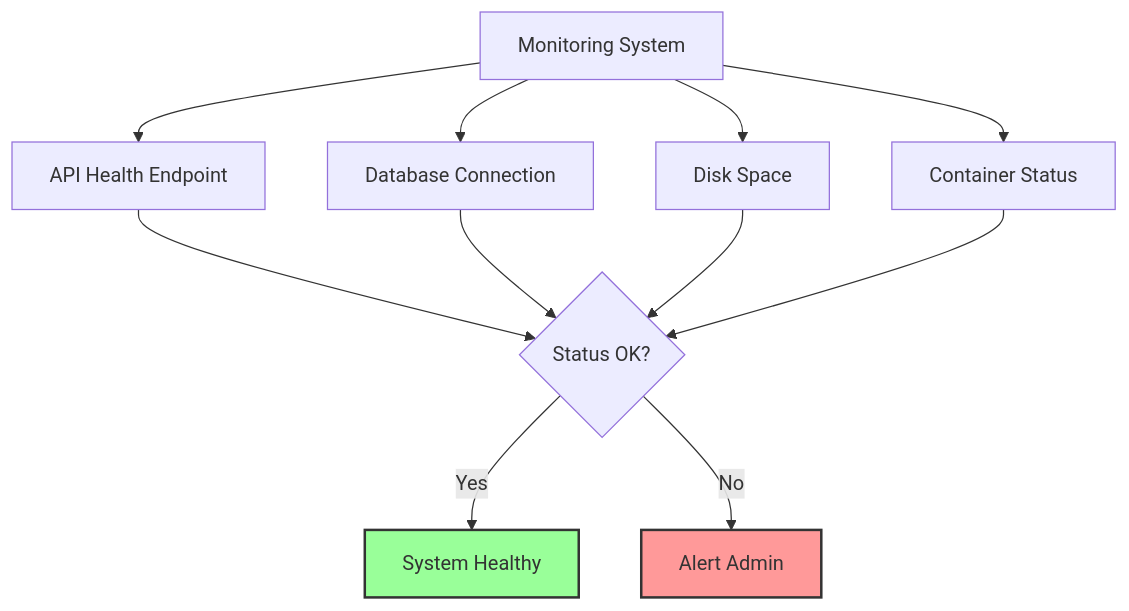
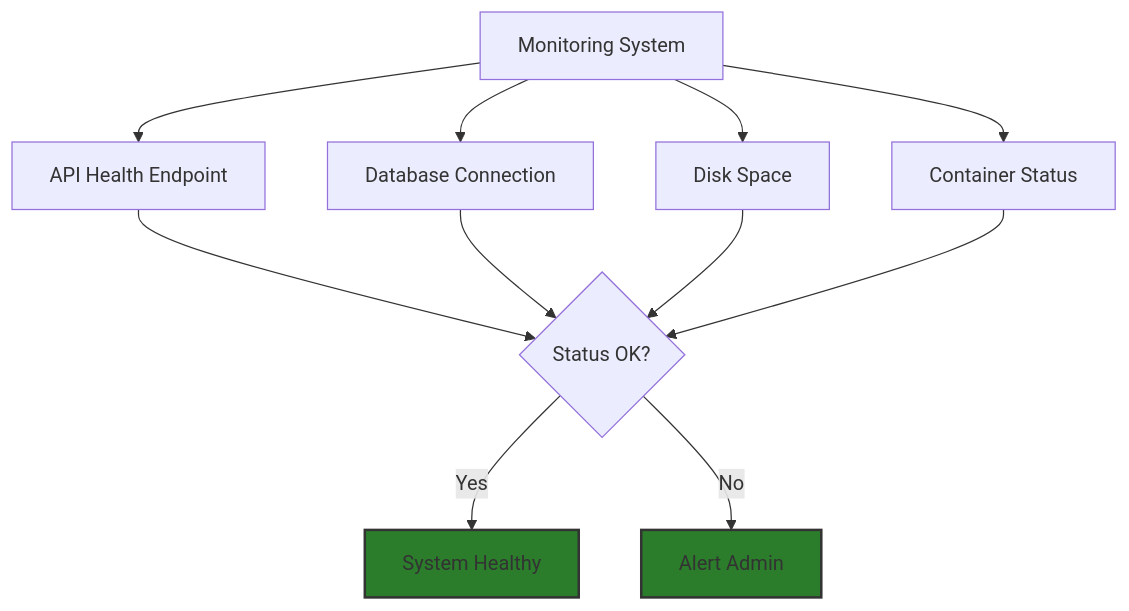
Before and after one commit to dacorisdata/dacoris: the sixth of 7 diagrams in LINUX_DEPLOYMENT_GUIDE.md, drawn with Mermaid. The commit also changed other lines of this file, not shown here.

Commit message:
Update Mermaid diagram colors for better contrast and readability

````diff
--- a/LINUX_DEPLOYMENT_GUIDE.md
+++ b/LINUX_DEPLOYMENT_GUIDE.md
@@ -734,18 +734,18 @@
 ```mermaid
 graph TB
     A[Monitoring System] --> B["API Health Endpoint"]
     A --> C[Database Connection]
     A --> D[Disk Space]
     A --> E[Container Status]
     
     B --> F{Status OK?}
     C --> F
     D --> F
     E --> F
     
     F -->|Yes| G[System Healthy]
     F -->|No| H[Alert Admin]
     
-    style G fill:#9f9,stroke:#333,stroke-width:2px
-    style H fill:#f99,stroke:#333,stroke-width:2px
+    style G fill:#2b7d2b,stroke:#333,stroke-width:2px
+    style H fill:#2b7d2b,stroke:#333,stroke-width:2px
 ```
````
